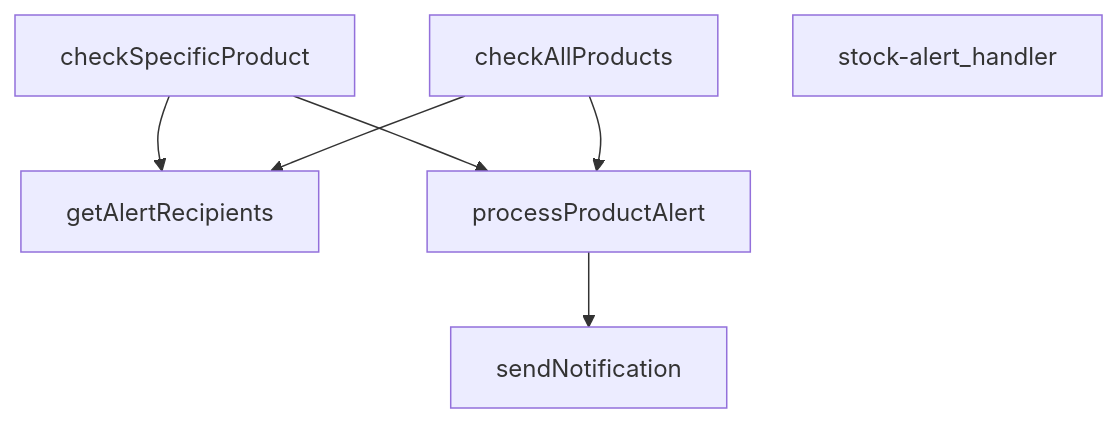
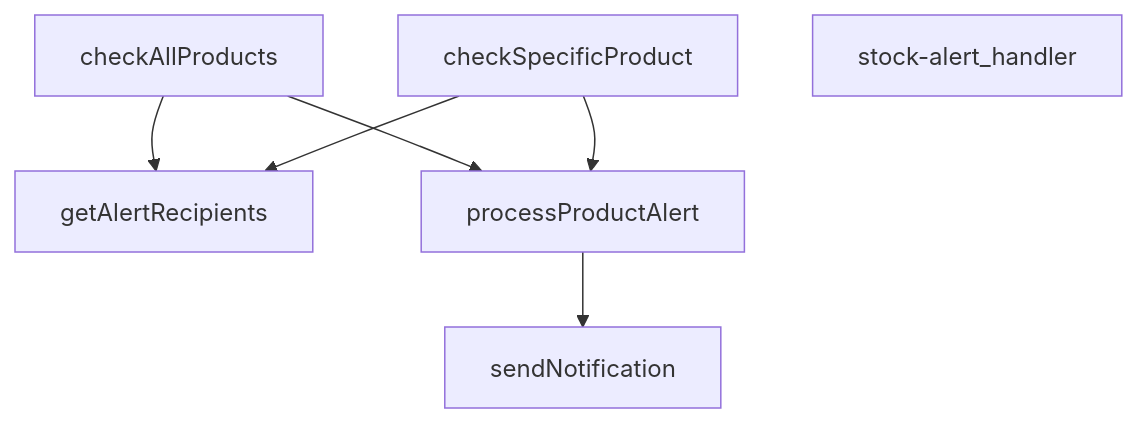
The diagram in supabase/functions/stock-alert/index.md (peckop/venthub-hvac-esite), drawn with Mermaid before and after one commit. The commit also changed other lines of this file and 33 other files, not shown here.

````diff
--- a/supabase/functions/stock-alert/index.md
+++ b/supabase/functions/stock-alert/index.md
@@ -211,14 +253,14 @@
 ```mermaid
 graph TD
     index_ts__checkAllProducts["checkAllProducts"]
     index_ts__checkSpecificProduct["checkSpecificProduct"]
     index_ts__getAlertRecipients["getAlertRecipients"]
     index_ts__processProductAlert["processProductAlert"]
     index_ts__sendNotification["sendNotification"]
     index_ts__stock-alert_handler["stock-alert_handler"]
+    index_ts__checkAllProducts --> index_ts__getAlertRecipients
+    index_ts__checkAllProducts --> index_ts__processProductAlert
     index_ts__checkSpecificProduct --> index_ts__processProductAlert
     index_ts__checkSpecificProduct --> index_ts__getAlertRecipients
-    index_ts__checkAllProducts --> index_ts__processProductAlert
     index_ts__processProductAlert --> index_ts__sendNotification
-    index_ts__checkAllProducts --> index_ts__getAlertRecipients
 ```
````
